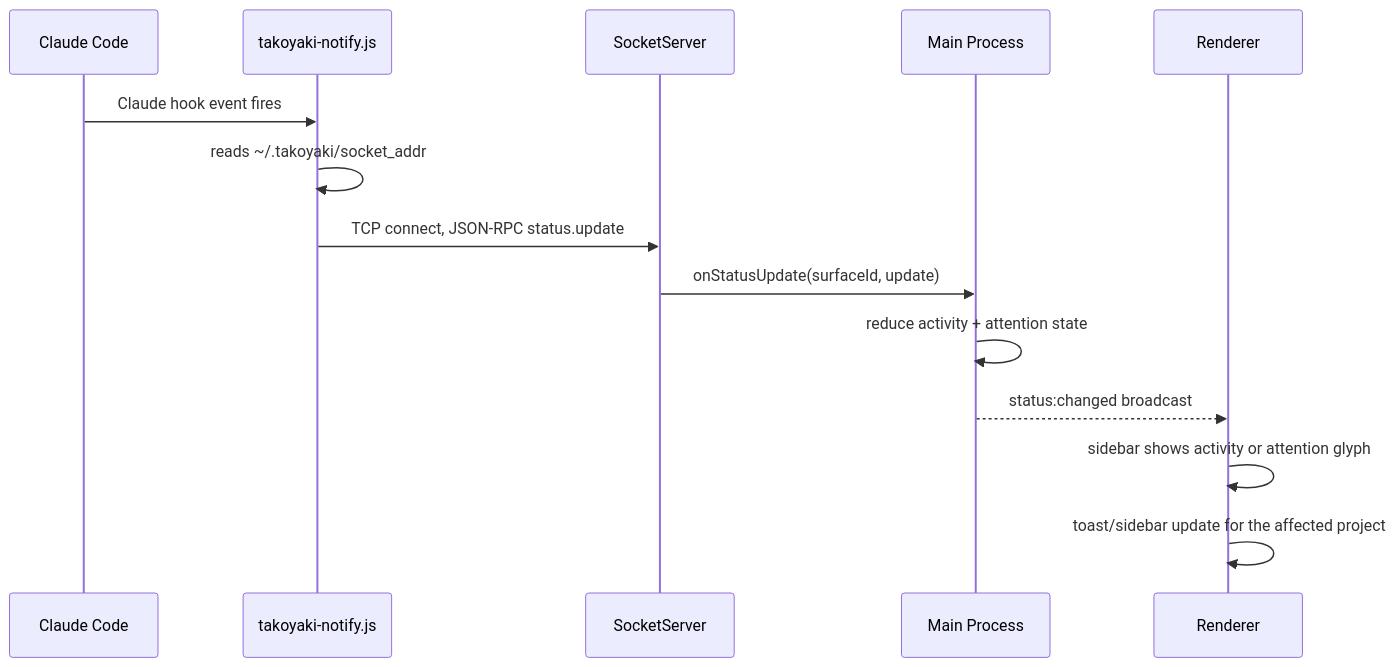
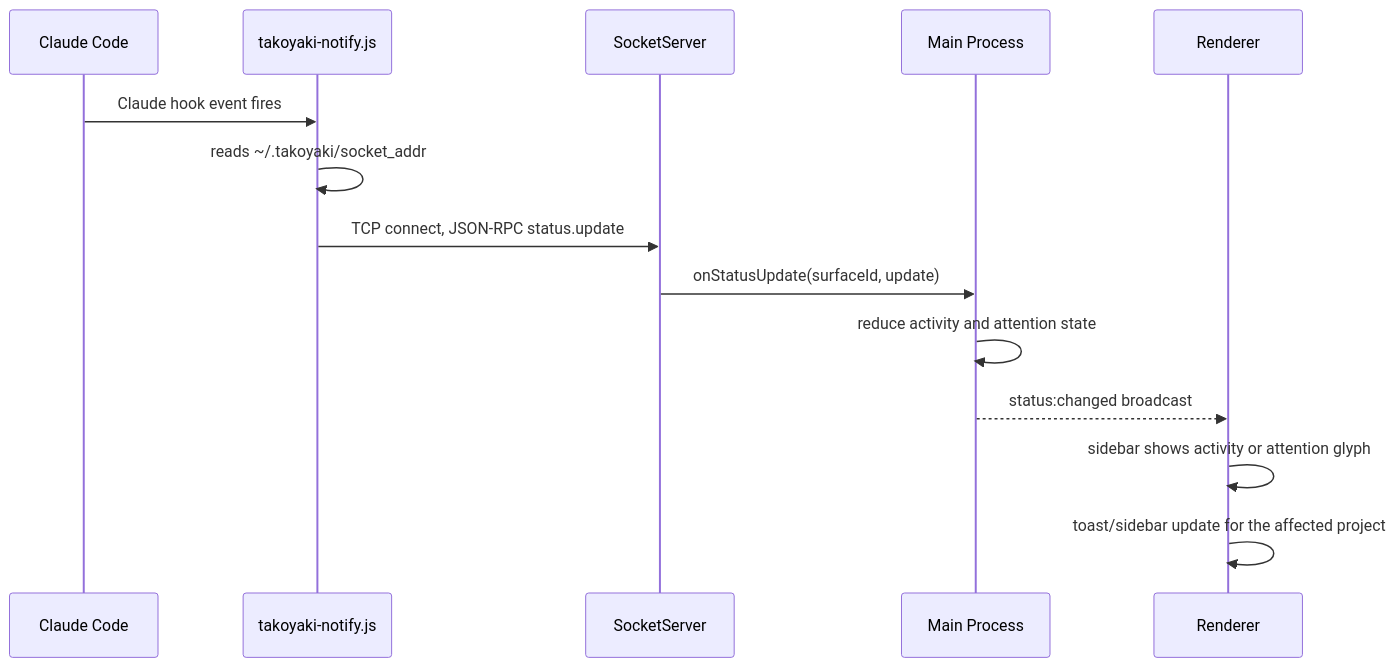
The fourth of 11 diagrams in docs/ARCHITECTURE.md (adikuma/takoyaki), drawn with Mermaid before and after one commit. The commit also changed other lines of this file and 7 other files, not shown here.

````diff
--- a/docs/ARCHITECTURE.md
+++ b/docs/ARCHITECTURE.md
@@ -85,17 +87,17 @@
 ```mermaid
 sequenceDiagram
     participant Claude as Claude Code
     participant Script as takoyaki-notify.js
     participant Socket as SocketServer
     participant Main as Main Process
     participant UI as Renderer
 
     Claude->>Script: Claude hook event fires
     Script->>Script: reads ~/.takoyaki/socket_addr
     Script->>Socket: TCP connect, JSON-RPC status.update
     Socket->>Main: onStatusUpdate(surfaceId, update)
-    Main->>Main: reduce activity + attention state
+    Main->>Main: reduce activity and attention state
     Main-->>UI: status:changed broadcast
     UI->>UI: sidebar shows activity or attention glyph
     UI->>UI: toast/sidebar update for the affected project
 ```
````
